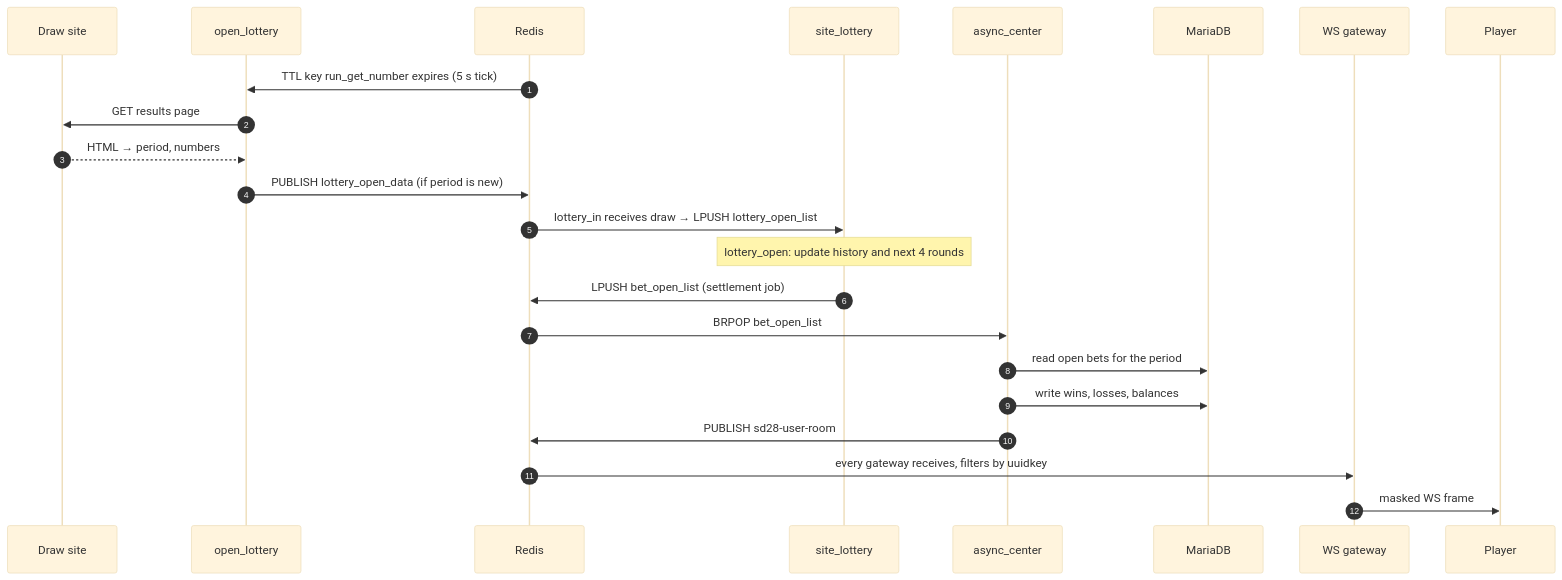
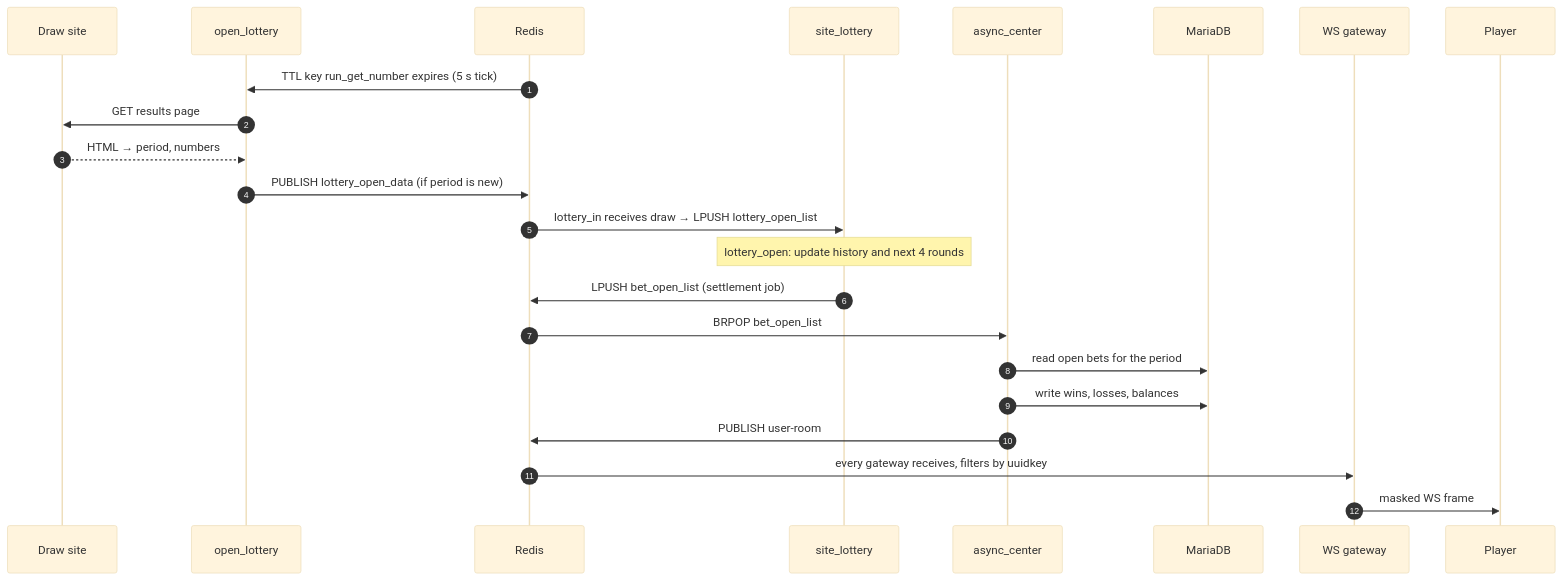
Before and after one commit to jchoisu-dev/ks-demo-1: the second of 3 diagrams in docs/SYSTEM_DESIGN.md, drawn with Mermaid (base theme). The commit also changed other lines of this file and 4 other files, not shown here.

````diff
--- a/docs/SYSTEM_DESIGN.md
+++ b/docs/SYSTEM_DESIGN.md
@@ -84,26 +84,26 @@
 ```mermaid
 sequenceDiagram
     autonumber
     participant Site as Draw site
     participant Scr as open_lottery
     participant R as Redis
     participant Lot as site_lottery
     participant Async as async_center
     participant DB as MariaDB
     participant GW as WS gateway
     participant P as Player
 
     R->>Scr: TTL key run_get_number expires (5 s tick)
     Scr->>Site: GET results page
     Site-->>Scr: HTML → period, numbers
     Scr->>R: PUBLISH lottery_open_data (if period is new)
     R->>Lot: lottery_in receives draw → LPUSH lottery_open_list
     Note over Lot: lottery_open: update history and next 4 rounds
     Lot->>R: LPUSH bet_open_list (settlement job)
     R->>Async: BRPOP bet_open_list
     Async->>DB: read open bets for the period
     Async->>DB: write wins, losses, balances
-    Async->>R: PUBLISH sd28-user-room
+    Async->>R: PUBLISH user-room
     R->>GW: every gateway receives, filters by uuidkey
     GW->>P: masked WS frame
 ```
````
